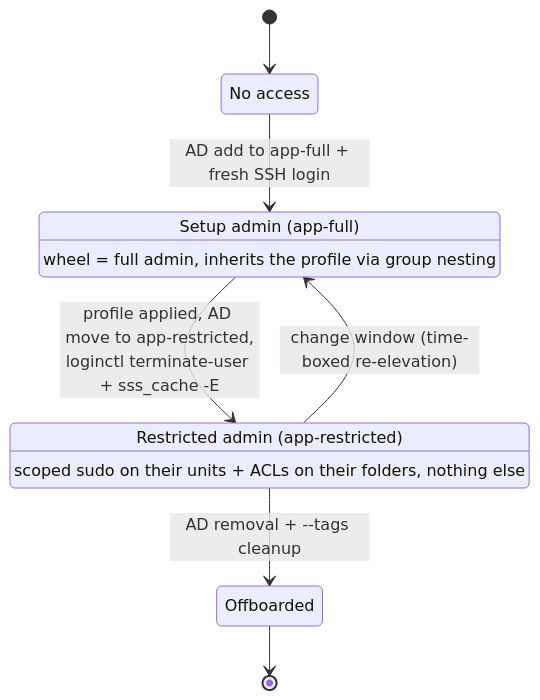
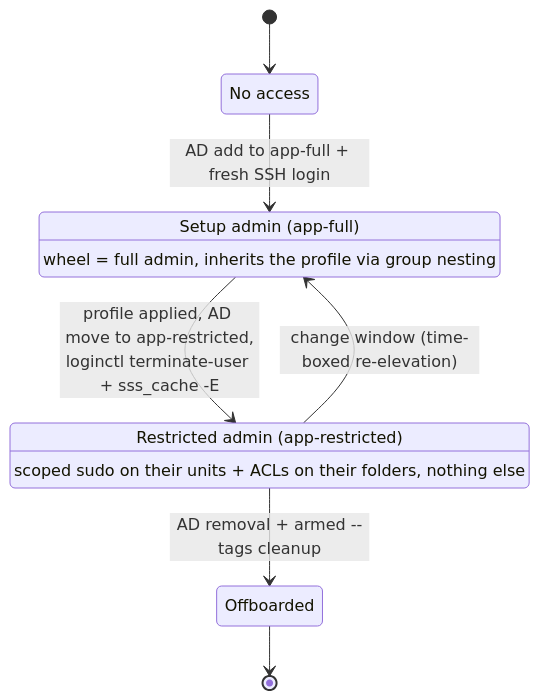
The second of 2 diagrams in docs/application-deployment-lifecycle.md (mcowser-p/ansible-declarative-access), drawn with Mermaid before and after one commit. The commit also changed other lines of this file and 33 other files, not shown here.

````diff
--- a/docs/application-deployment-lifecycle.md
+++ b/docs/application-deployment-lifecycle.md
@@ -58,14 +58,14 @@
 ```mermaid
 stateDiagram-v2
     [*] --> NoAccess
     NoAccess: No access
     NoAccess --> SetupAdmin: AD add to app-full + fresh SSH login
     SetupAdmin: Setup admin (app-full)
     SetupAdmin: wheel = full admin, inherits the profile via group nesting
     SetupAdmin --> RestrictedAdmin: profile applied, AD move to app-restricted,<br/>loginctl terminate-user + sss_cache -E
     RestrictedAdmin: Restricted admin (app-restricted)
     RestrictedAdmin: scoped sudo on their units + ACLs on their folders, nothing else
     RestrictedAdmin --> SetupAdmin: change window (time-boxed re-elevation)
-    RestrictedAdmin --> Offboarded: AD removal + --tags cleanup
+    RestrictedAdmin --> Offboarded: AD removal + armed --tags cleanup
     Offboarded --> [*]
 ```
````
